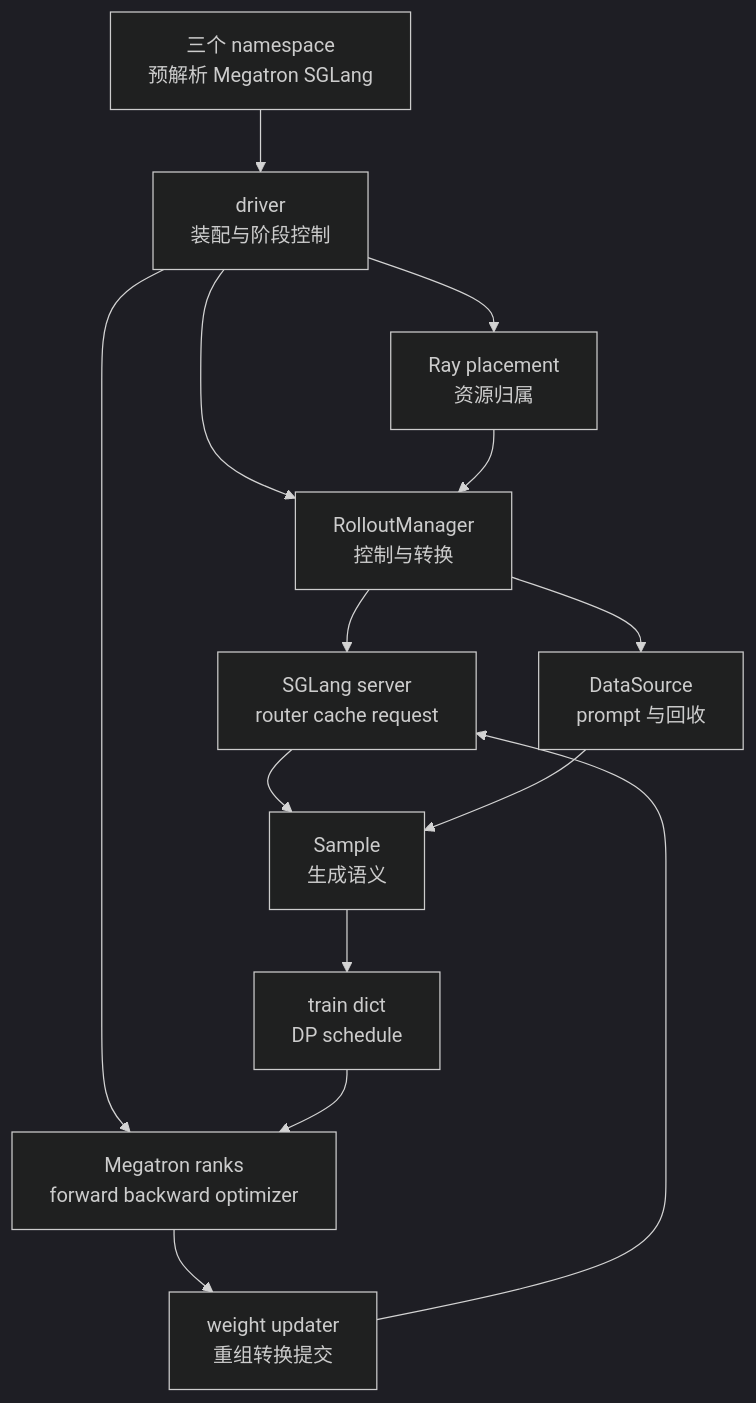
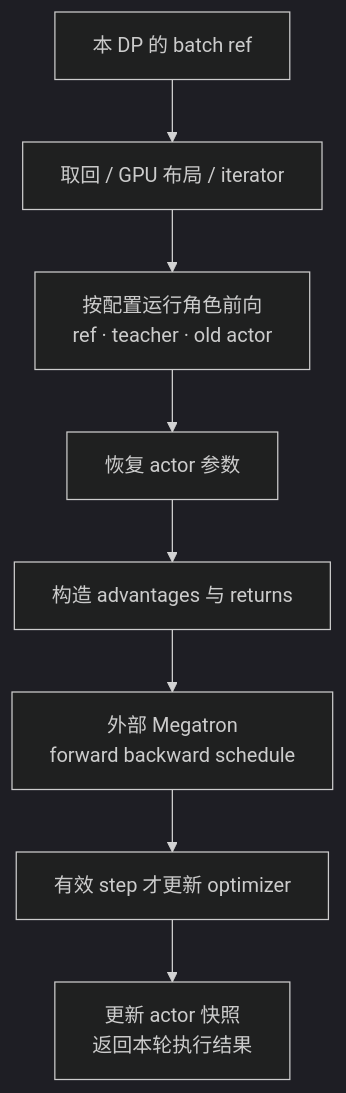
Before and after one commit to suhaibo666/llm-knowledge: the seventh of 11 diagrams in wiki/02_engineering/04_posttrain_frameworks/slime/01_slime_architecture_overview_analysis.md, drawn with Mermaid (dark theme). The commit also changed other lines of this file and 89 other files, not shown here.

````diff
--- a/wiki/02_engineering/04_posttrain_frameworks/slime/01_slime_architecture_overview_analysis.md
+++ b/wiki/02_engineering/04_posttrain_frameworks/slime/01_slime_architecture_overview_analysis.md
@@ -88,16 +313,10 @@
 ```mermaid
 flowchart TB
-    CLI["三个 namespace<br/>预解析 Megatron SGLang"] --> D["driver<br/>装配与阶段控制"]
-    D --> PG["Ray placement<br/>资源归属"]
-    D --> RM
-    D --> MG
-    PG --> RM["RolloutManager<br/>控制与转换"]
-    RM --> SG["SGLang server<br/>router cache request"]
-    RM --> DS["DataSource<br/>prompt 与回收"]
-    SG --> SA["Sample<br/>生成语义"]
-    DS --> SA
-    SA --> TD["train dict<br/>DP schedule"]
-    TD --> MG["Megatron ranks<br/>forward backward optimizer"]
-    MG --> WU["weight updater<br/>重组转换提交"]
-    WU --> SG
+    Ref["本 DP 的 batch ref"] --> Fetch["取回 / GPU 布局 / iterator"]
+    Fetch --> Roles["按配置运行角色前向<br/>ref · teacher · old actor"]
+    Roles --> Actor["恢复 actor 参数"]
+    Actor --> Signal["构造 advantages 与 returns"]
+    Signal --> Schedule["外部 Megatron<br/>forward backward schedule"]
+    Schedule --> Optim["有效 step 才更新 optimizer"]
+    Optim --> Backup["更新 actor 快照<br/>返回本轮执行结果"]
 ```
````
